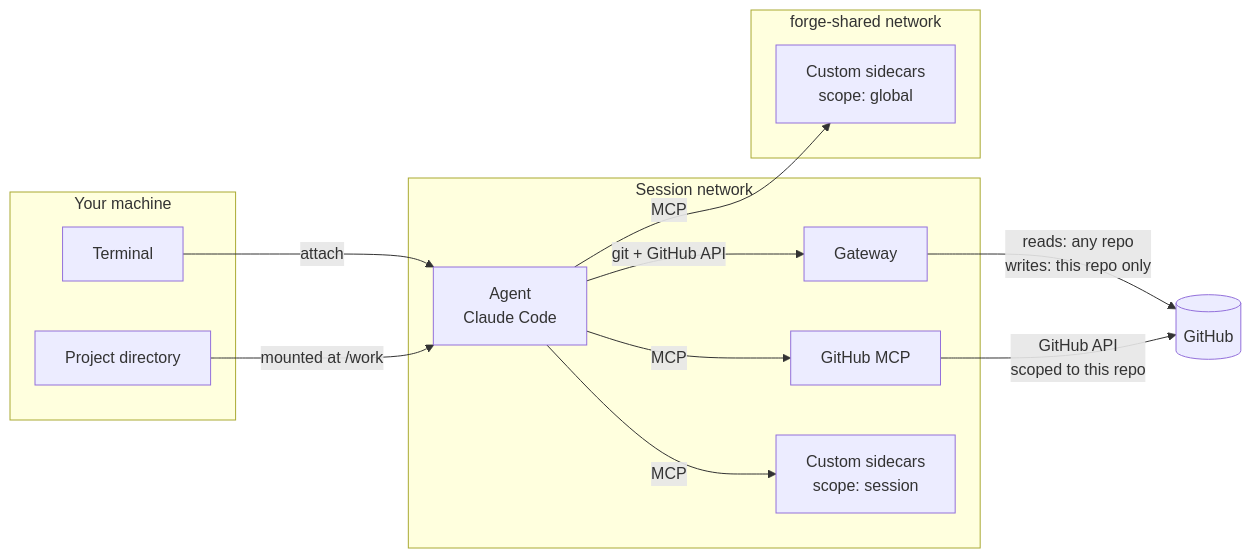
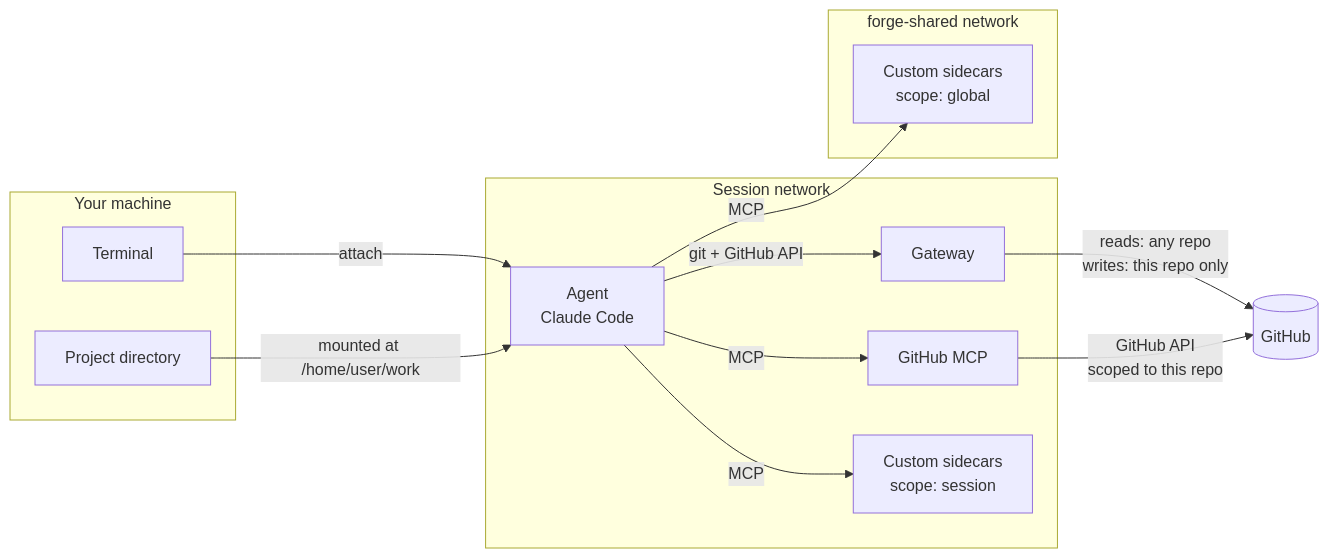
One commit to michael-freling/claude-forge changed the diagram in docs/content/docs/how-it-works.md. Above: the diagram before and after it, drawn with Mermaid. The commit also changed other lines of this file and 23 other files, not shown here.

First line of the commit message:
feat!: mount the project at /home/user/work, ship forge-managed container instructions (#102)

````diff
--- a/docs/content/docs/how-it-works.md
+++ b/docs/content/docs/how-it-works.md
@@ -26,22 +27,22 @@
 ```mermaid
 flowchart LR
     subgraph host [Your machine]
         T[Terminal]
         P[Project directory]
     end
     subgraph sn [Session network]
         A[Agent<br/>Claude Code]
         G[Gateway]
         M[GitHub MCP]
         S[Custom sidecars<br/>scope: session]
     end
     subgraph shared [forge-shared network]
         C[Custom sidecars<br/>scope: global]
     end
     T -- attach --> A
-    P -- mounted at /work --> A
+    P -- mounted at /home/user/work --> A
     A -- git + GitHub API --> G
     A -- MCP --> M & S & C
     G -- "reads: any repo<br/>writes: this repo only" --> GH[(GitHub)]
     M -- "GitHub API<br/>scoped to this repo" --> GH
 ```
````
